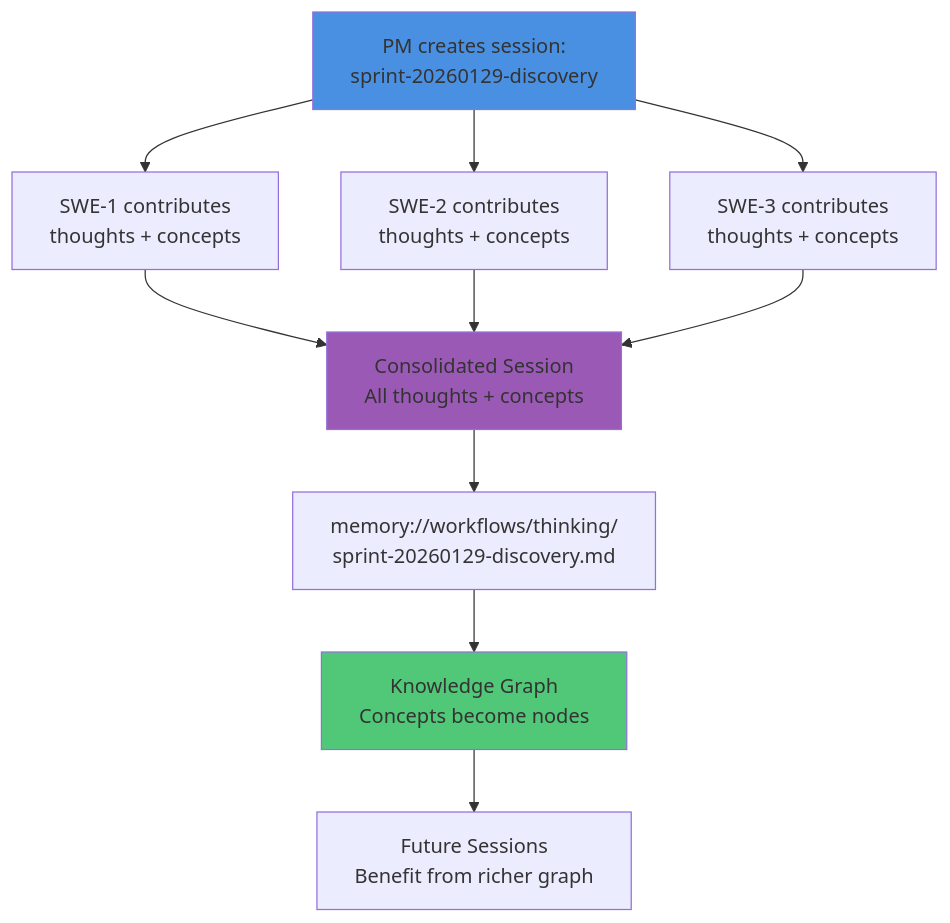
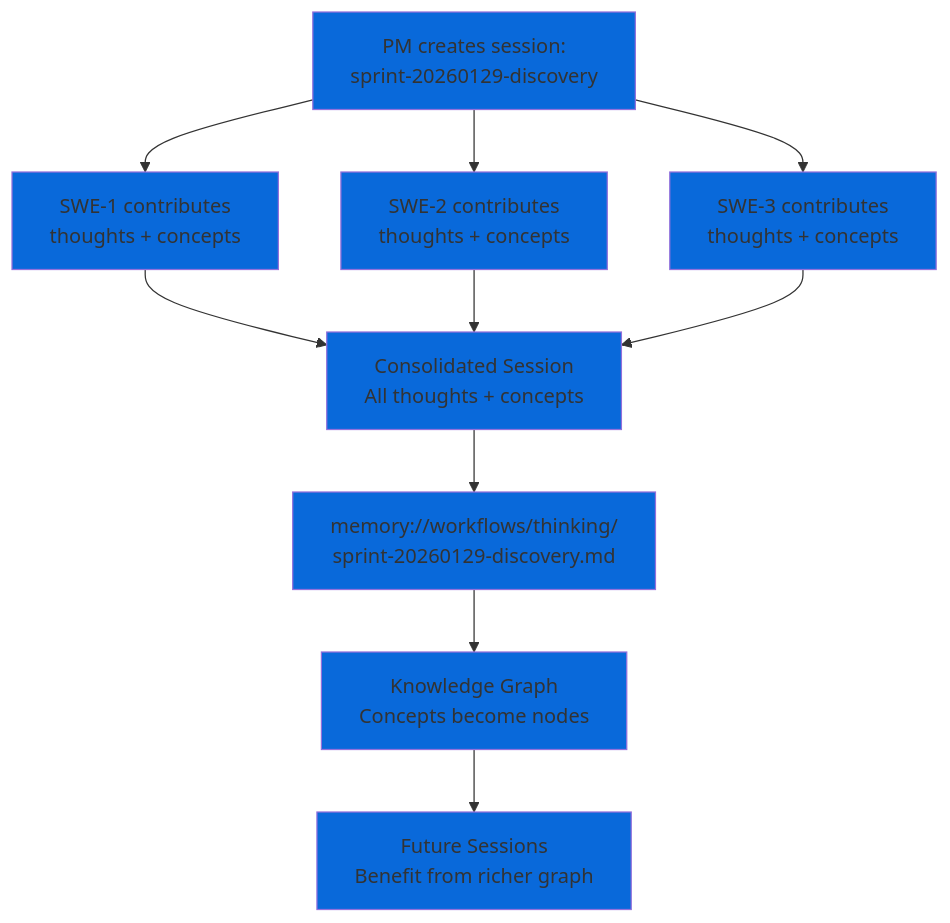
The fifth of 6 diagrams in integrations/skills/product-manager/README.md (msbrettorg/maenifold), drawn with Mermaid before and after one commit. The commit also changed other lines of this file and 31 other files, not shown here.

````diff
--- a/integrations/skills/product-manager/README.md
+++ b/integrations/skills/product-manager/README.md
@@ -222,19 +245,24 @@
 ```mermaid
 graph TD
     PM[PM creates session:<br/>sprint-20260129-discovery] --> Agent1[SWE-1 contributes<br/>thoughts + concepts]
     PM --> Agent2[SWE-2 contributes<br/>thoughts + concepts]
     PM --> Agent3[SWE-3 contributes<br/>thoughts + concepts]
 
     Agent1 --> Session[Consolidated Session<br/>All thoughts + concepts]
     Agent2 --> Session
     Agent3 --> Session
 
     Session --> Memory[memory://workflows/thinking/<br/>sprint-20260129-discovery.md]
     Memory --> Graph[Knowledge Graph<br/>Concepts become nodes]
 
     Graph --> Future[Future Sessions<br/>Benefit from richer graph]
 
-    style PM fill:#4A90E2
-    style Session fill:#9B59B6
-    style Graph fill:#50C878
+    style PM fill:#0969DA
+    style Agent1 fill:#0969DA
+    style Agent2 fill:#0969DA
+    style Agent3 fill:#0969DA
+    style Session fill:#0969DA
+    style Memory fill:#0969DA
+    style Graph fill:#0969DA
+    style Future fill:#0969DA
 ```
````
